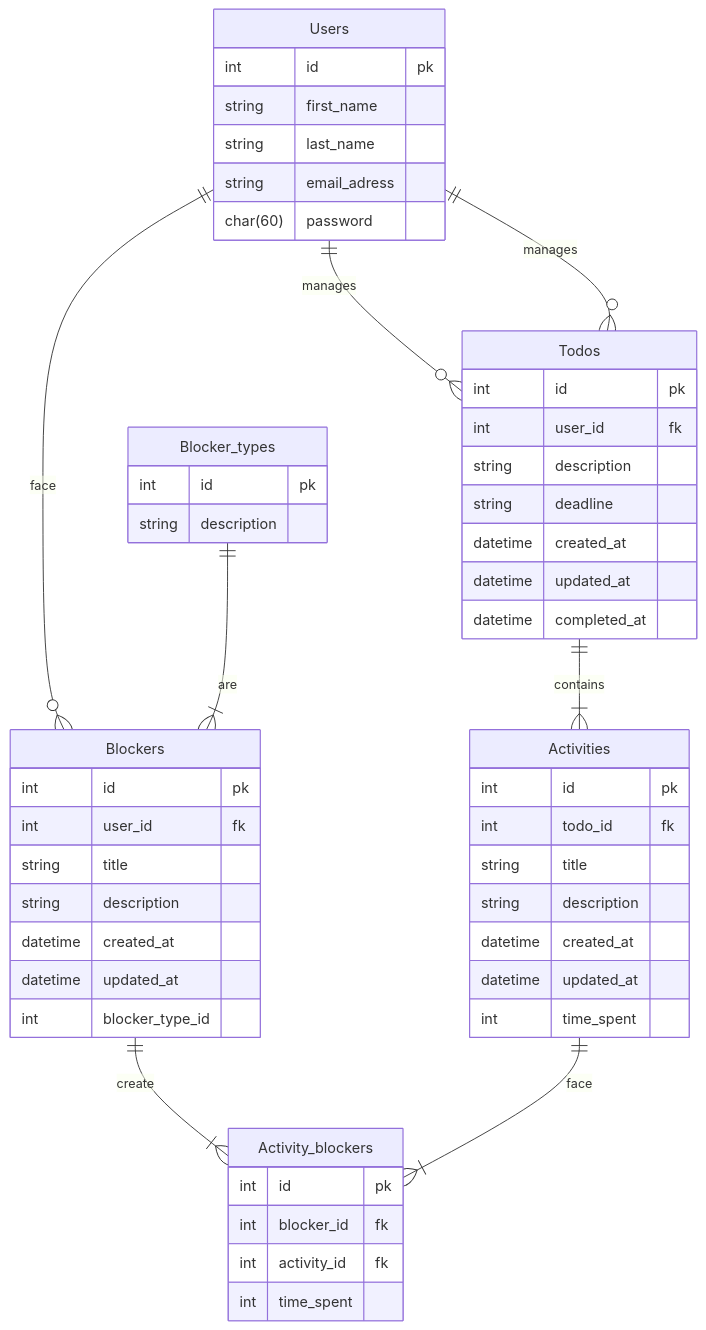
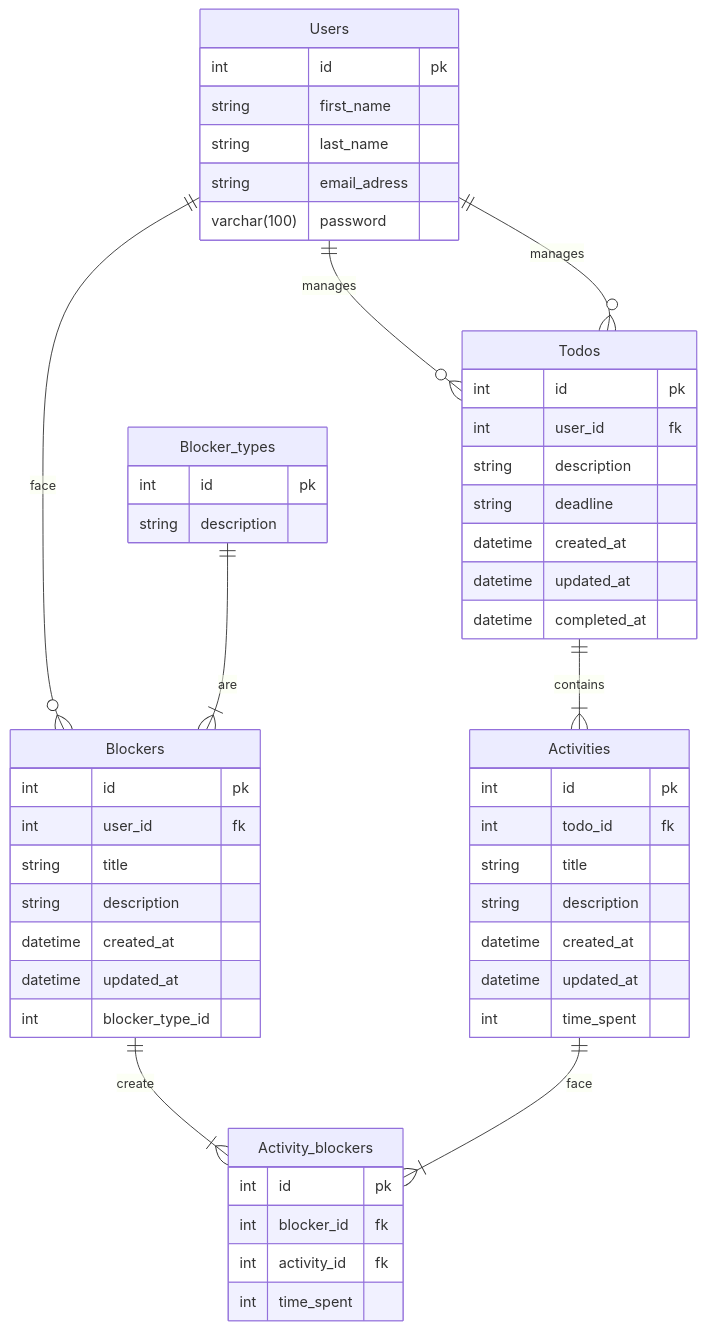
The second of 2 diagrams in README.md (erinhana/scatter), drawn with Mermaid before and after one commit.

````diff
--- a/README.md
+++ b/README.md
@@ -57,63 +57,63 @@
 ```mermaid
 %%{init: {'theme':'default'}}%%
 erDiagram
     Users ||--o{ Todos  : manages
     Users {
         int id pk 
         string first_name
         string last_name
         string email_adress
-        char(60) password
+        varchar(100) password
 
     }
     Users ||--o{ Blockers : face
     Blockers {
         int id pk 
         int user_id fk
         string title
         string description 
         datetime created_at
         datetime updated_at
         int blocker_type_id
     }
     Blockers ||--|{ Activity_blockers : create
 
     Blocker_types ||--|{ Blockers : are
 
     Blocker_types {
         int id pk 
         string description 
         
     }
 
     Users ||--o{ Todos : manages
     Todos {
         int id pk
         int user_id fk
         string description
         string deadline
         datetime created_at
         datetime updated_at
         datetime completed_at
 
     }
     Todos ||--|{ Activities : contains
     Activities {
         int id pk 
         int todo_id fk
         string title
         string description 
         datetime created_at
         datetime updated_at
         int time_spent
 
     }
     Activities ||--|{Activity_blockers : face
     Activity_blockers {
         int id pk 
         int blocker_id fk
         int activity_id fk
         int time_spent
 
     }
  ```
````
